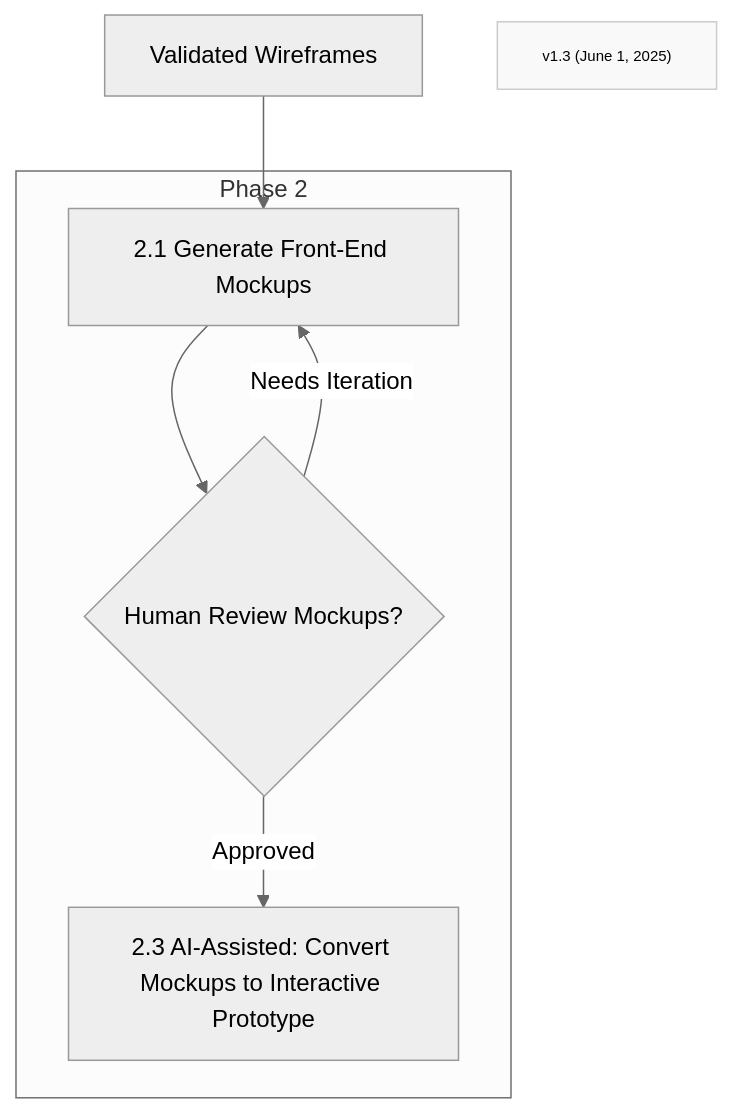
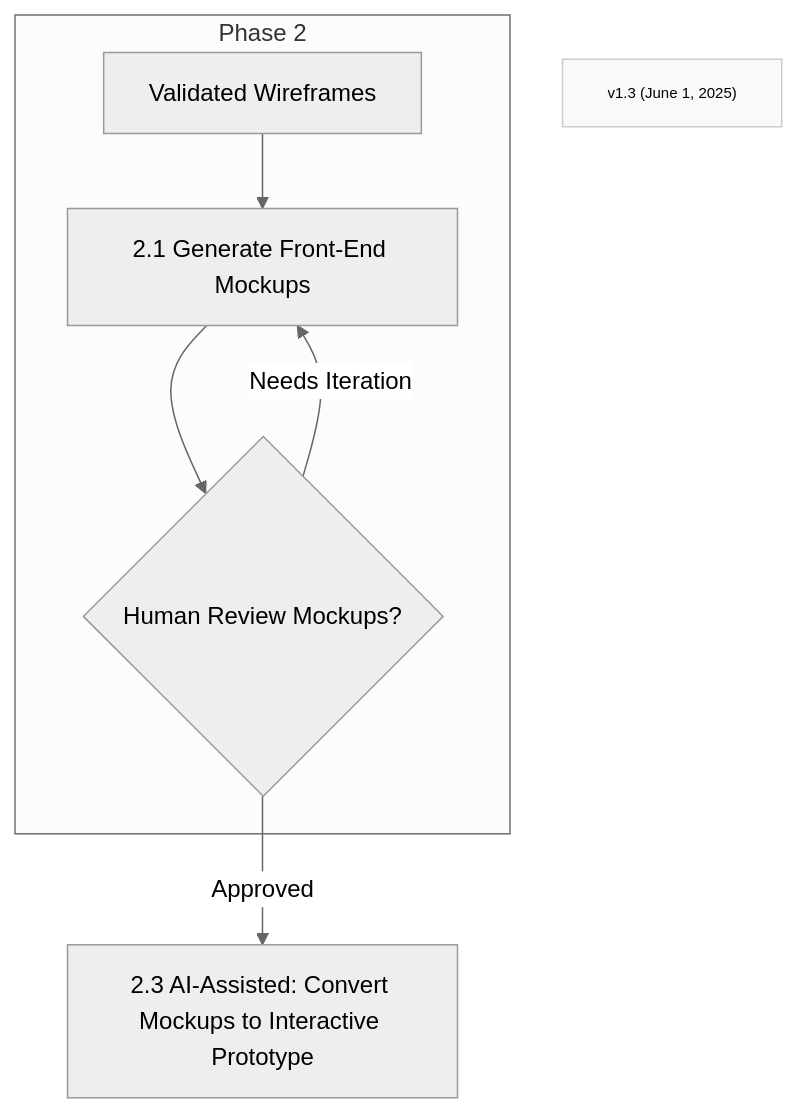
The diagram in Method/FF-phase2.md (Mharbulous/Front-First-Method), drawn with Mermaid (neutral theme) before and after one commit.

````diff
--- a/Method/FF-phase2.md
+++ b/Method/FF-phase2.md
@@ -3,17 +3,17 @@
 ```mermaid
 graph TD
     
-    B1["Validated Wireframes"] --> B2["2.1 Generate Front-End Mockups"]
+    
     subgraph Phase1 ["Phase 2"]
+        B1["Validated Wireframes"] --> B2["2.1 Generate Front-End Mockups"]    
         B2 --> B2_Val{"Human Review Mockups?"}
         B2_Val -->|Needs Iteration| B2
-        B2_Val -->|Approved| B3["2.3 AI-Assisted: Convert Mockups to Interactive Prototype"]
-        
     end
 
+B2_Val -->|Approved| B3["2.3 AI-Assisted: Convert Mockups to Interactive Prototype"]
 
     Version["v1.3 (June 1, 2025)"]    
     classDef version fill:#f9f9f9,stroke:#ccc,font-size:10px
     class Version version
 
 ```
````
